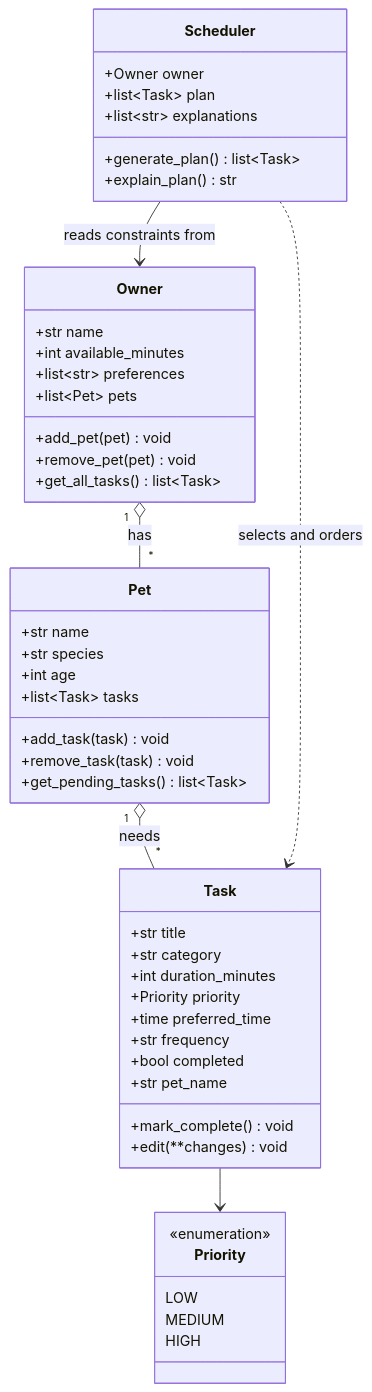
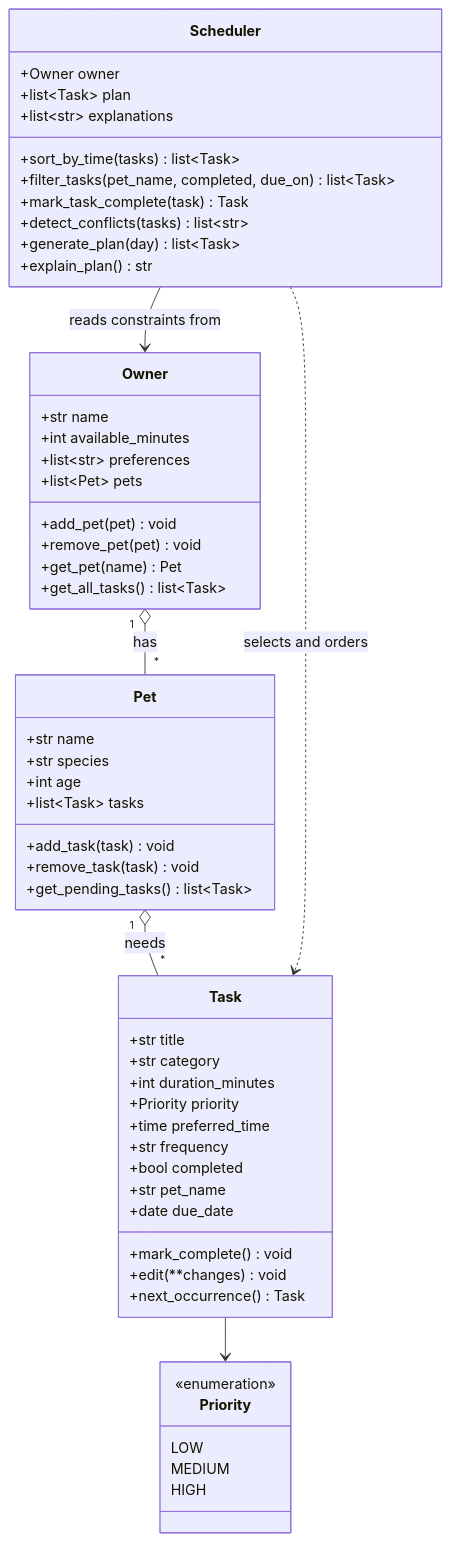
One commit to darshil040804/ai110-module2show-pawpal-starter changed the diagram in diagrams/uml.mmd. Above: the diagram before and after it, drawn with Mermaid. The commit also changed 4 other files, not shown here.

```diff
--- a/diagrams/uml.mmd
+++ b/diagrams/uml.mmd
@@ -1,54 +1,61 @@
 classDiagram
     class Owner {
         +str name
         +int available_minutes
         +list~str~ preferences
         +list~Pet~ pets
         +add_pet(pet) void
         +remove_pet(pet) void
+        +get_pet(name) Pet
         +get_all_tasks() list~Task~
     }
 
     class Pet {
         +str name
         +str species
         +int age
         +list~Task~ tasks
         +add_task(task) void
         +remove_task(task) void
         +get_pending_tasks() list~Task~
     }
 
     class Task {
         +str title
         +str category
         +int duration_minutes
         +Priority priority
         +time preferred_time
         +str frequency
         +bool completed
         +str pet_name
+        +date due_date
         +mark_complete() void
         +edit(**changes) void
+        +next_occurrence() Task
     }
 
     class Priority {
         <<enumeration>>
         LOW
         MEDIUM
         HIGH
     }
 
     class Scheduler {
         +Owner owner
         +list~Task~ plan
         +list~str~ explanations
-        +generate_plan() list~Task~
+        +sort_by_time(tasks) list~Task~
+        +filter_tasks(pet_name, completed, due_on) list~Task~
+        +mark_task_complete(task) Task
+        +detect_conflicts(tasks) list~str~
+        +generate_plan(day) list~Task~
         +explain_plan() str
     }
 
     Owner "1" o-- "*" Pet : has
     Pet "1" o-- "*" Task : needs
     Task --> Priority
     Scheduler --> Owner : reads constraints from
     Scheduler ..> Task : selects and orders
```
